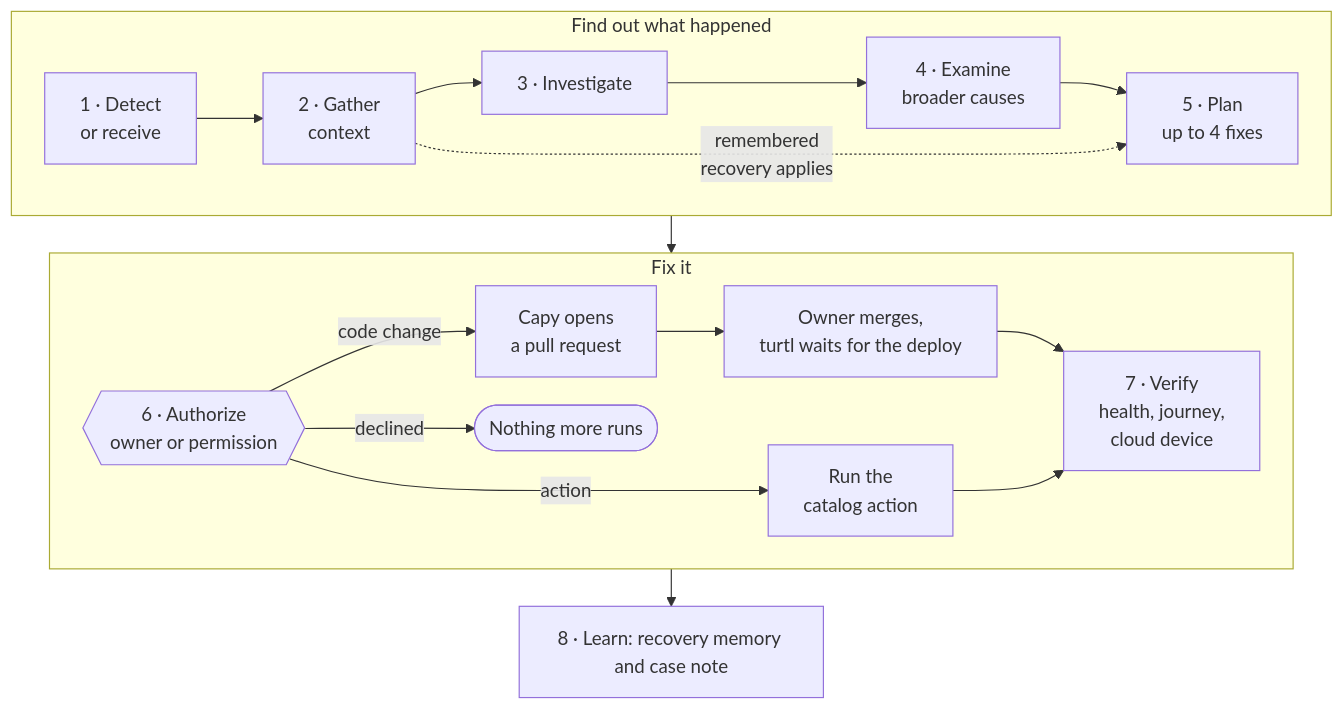
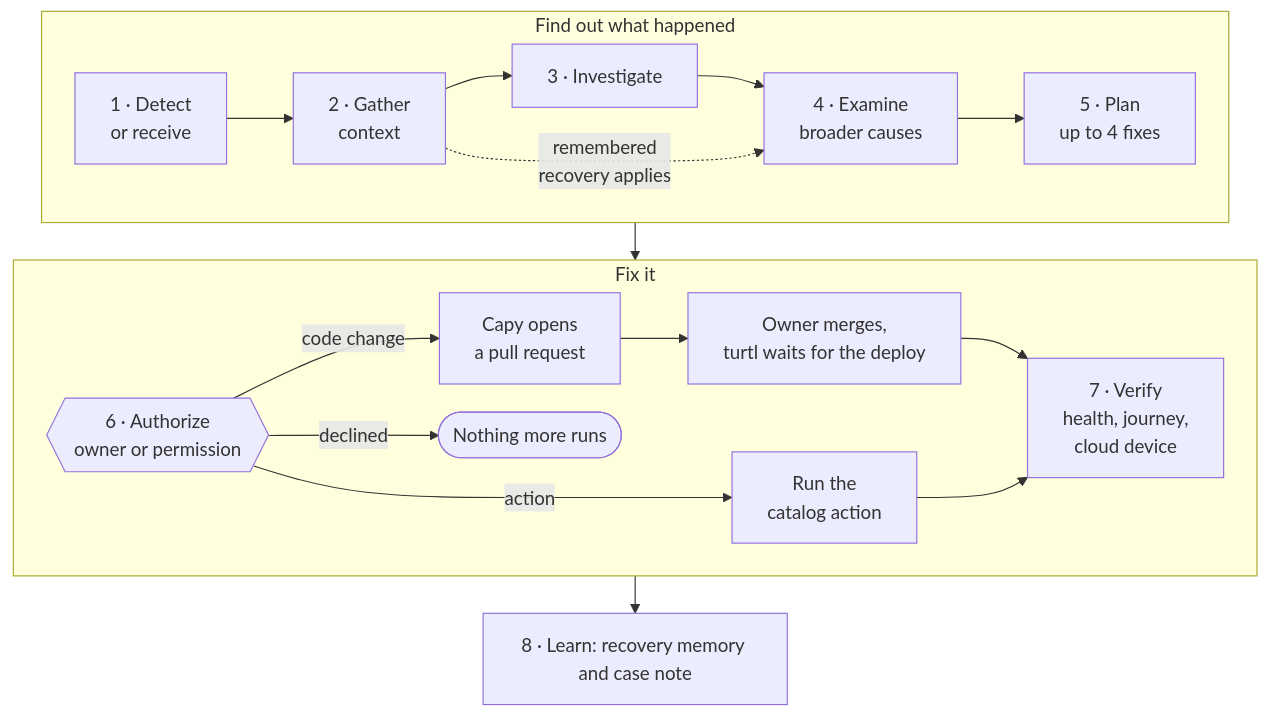
Before and after one commit to ronoktanvir/turtl: the diagram in README.md, drawn with Mermaid. The commit also changed other lines of this file and 7 other files, not shown here.

````diff
--- a/README.md
+++ b/README.md
@@ -29,18 +50,18 @@
 ```mermaid
 %%{init: {"flowchart": {"nodeSpacing": 24, "rankSpacing": 32}}}%%
 flowchart TB
     subgraph understand["Find out what happened"]
         direction LR
         detect["1 · Detect<br/>or receive"] --> gather["2 · Gather<br/>context"] --> investigate["3 · Investigate"] --> broader["4 · Examine<br/>broader causes"] --> plan["5 · Plan<br/>up to 4 fixes"]
-        gather -. "remembered<br/>recovery applies" .-> plan
+        gather -. "remembered<br/>recovery applies" .-> broader
     end
     subgraph act["Fix it"]
         direction LR
         approve{{"6 · Authorize<br/>owner or permission"}}
         approve -- "code change" --> pr["Capy opens<br/>a pull request"] --> merge["Owner merges,<br/>turtl waits for the deploy"] --> verify["7 · Verify<br/>health, journey,<br/>cloud device"]
         approve -- "action" --> run["Run the<br/>catalog action"] --> verify
         approve -- "declined" --> declined(["Nothing more runs"])
     end
     learn["8 · Learn: recovery memory and case note"]
     understand --> act --> learn
 ```
````
